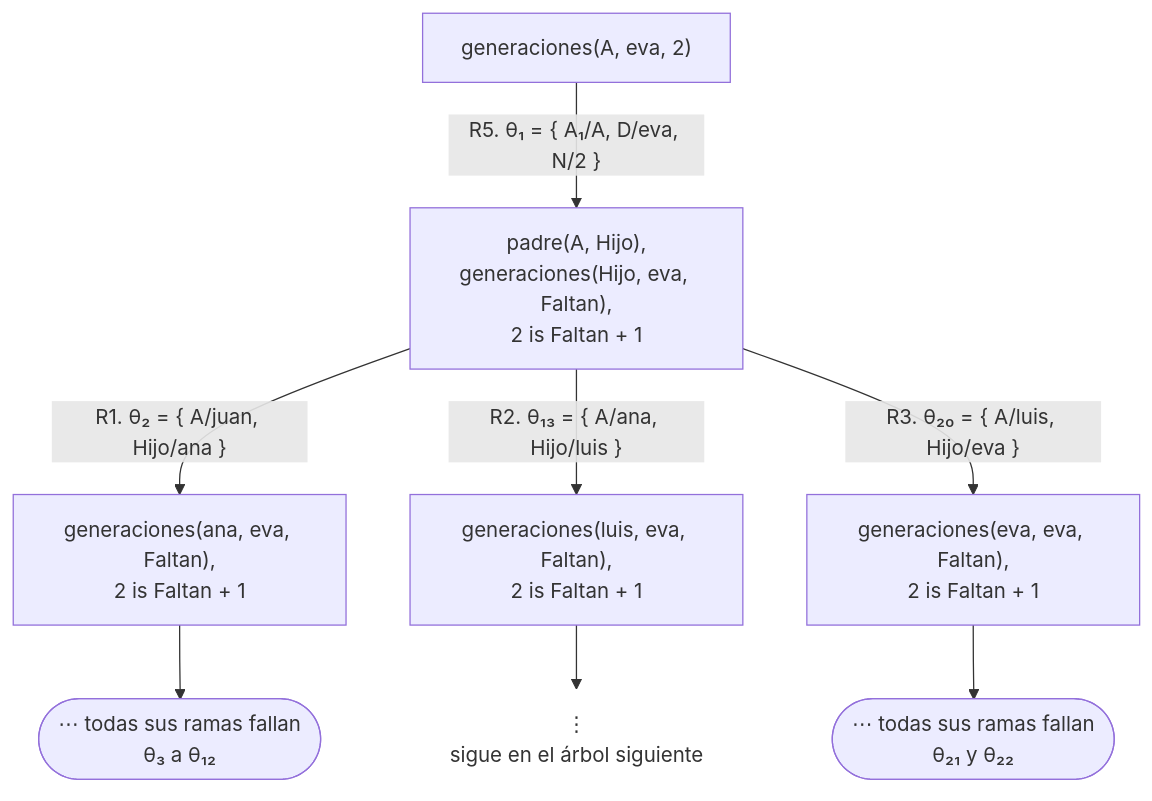
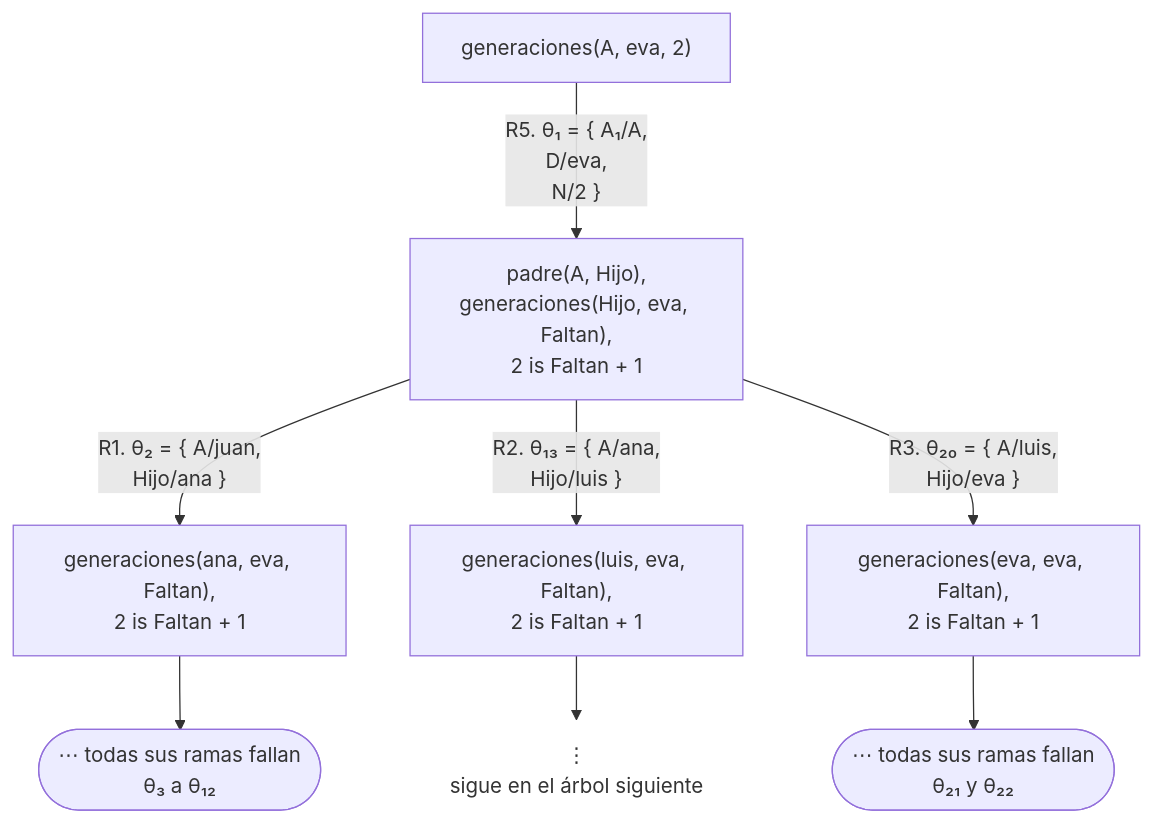
Before and after one commit to CesarBallardini/curso-de-prolog: the first of 7 diagrams in docs/capitulo-06-recursion/soluciones.md, drawn with Mermaid. The commit also changed other lines of this file and 24 other files, not shown here.

First line of the commit message:
feat(docs): botones para ocultar las columnas laterales y etiquetas cortas en los diagramas

````diff
--- a/docs/capitulo-06-recursion/soluciones.md
+++ b/docs/capitulo-06-recursion/soluciones.md
@@ -126,12 +126,12 @@
 ```mermaid
 flowchart TD
-    A["generaciones(A, eva, 2)"] -- "R5. θ₁ = {&nbsp;A₁/A, D/eva, N/2&nbsp;}" --> B["padre(A, Hijo),<br/>generaciones(Hijo, eva, Faltan),<br/>2 is Faltan + 1"]
-    B -- "R1. θ₂ = {&nbsp;A/juan, Hijo/ana&nbsp;}" --> C["generaciones(ana, eva, Faltan),<br/>2 is Faltan + 1"]
-    B -- "R2. θ₁₃ = {&nbsp;A/ana, Hijo/luis&nbsp;}" --> D["generaciones(luis, eva, Faltan),<br/>2 is Faltan + 1"]
-    B -- "R3. θ₂₀ = {&nbsp;A/luis, Hijo/eva&nbsp;}" --> E["generaciones(eva, eva, Faltan),<br/>2 is Faltan + 1"]
+    A["generaciones(A, eva, 2)"] -- "R5. θ₁ = {&nbsp;A₁/A,<br/>D/eva,<br/>N/2&nbsp;}" --> B["padre(A, Hijo),<br/>generaciones(Hijo, eva, Faltan),<br/>2 is Faltan + 1"]
+    B -- "R1. θ₂ = {&nbsp;A/juan,<br/>Hijo/ana&nbsp;}" --> C["generaciones(ana, eva, Faltan),<br/>2 is Faltan + 1"]
+    B -- "R2. θ₁₃ = {&nbsp;A/ana,<br/>Hijo/luis&nbsp;}" --> D["generaciones(luis, eva, Faltan),<br/>2 is Faltan + 1"]
+    B -- "R3. θ₂₀ = {&nbsp;A/luis,<br/>Hijo/eva&nbsp;}" --> E["generaciones(eva, eva, Faltan),<br/>2 is Faltan + 1"]
     C --> R1(["⋯ todas sus ramas fallan<br/>θ₃ a θ₁₂"])
     D --> V["⋮<br/>sigue en el árbol siguiente"]
     E --> R3(["⋯ todas sus ramas fallan<br/>θ₂₁ y θ₂₂"])
     classDef abierto fill:none,stroke:none;
     class V abierto;
 ```
````
